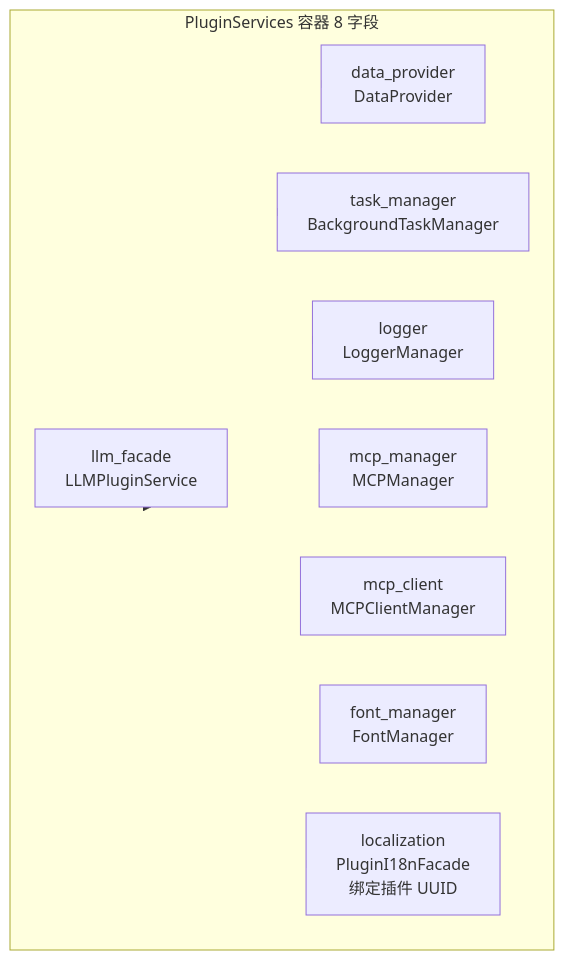
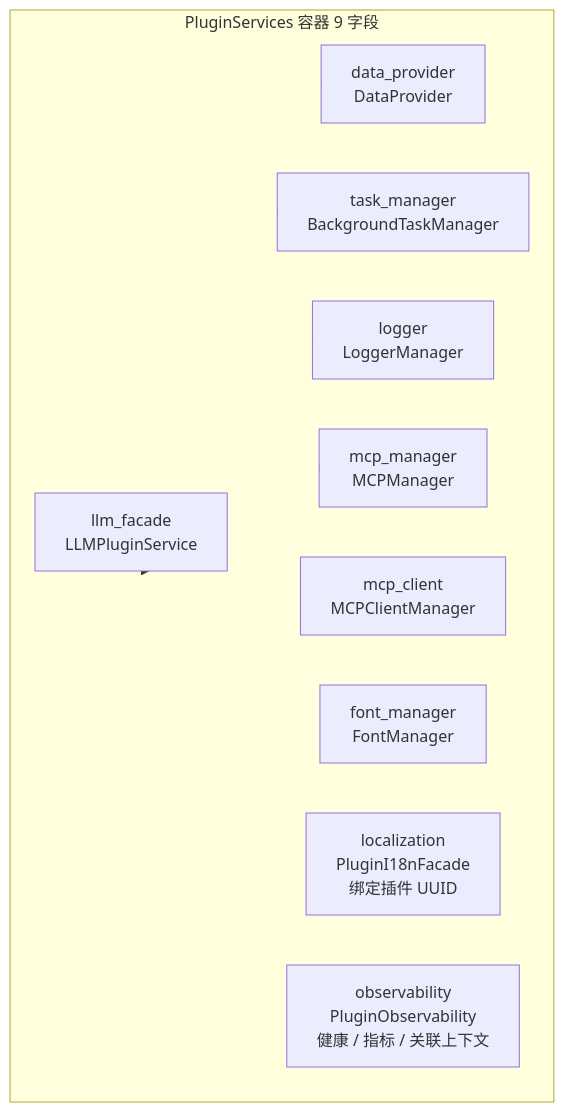
One commit to KKPIP-Tech/InstructionX changed the fifth of 6 diagrams in docs/core/plugin-system/overview.md. Above: the diagram before and after it, drawn with Mermaid. The commit also changed other lines of this file and 19 other files, not shown here.

````diff
--- a/docs/core/plugin-system/overview.md
+++ b/docs/core/plugin-system/overview.md
@@ -291,22 +291,24 @@
 ```mermaid
 graph LR
-    subgraph PluginServices [PluginServices 容器 8 字段]
+    subgraph PluginServices [PluginServices 容器 9 字段]
         LLM[llm_facade<br/>LLMPluginService]
         DP[data_provider<br/>DataProvider]
         TM[task_manager<br/>BackgroundTaskManager]
         LG[logger<br/>LoggerManager]
         MCM[mcp_manager<br/>MCPManager]
         MCC[mcp_client<br/>MCPClientManager]
         FTM[font_manager<br/>FontManager]
         LOC[localization<br/>PluginI18nFacade<br/>绑定插件 UUID]
+        OBS[observability<br/>PluginObservability<br/>健康 / 指标 / 关联上下文]
     end
 
     PluginServices --> LLM
     PluginServices --> DP
     PluginServices --> TM
     PluginServices --> LG
     PluginServices --> MCM
     PluginServices --> MCC
     PluginServices --> FTM
     PluginServices --> LOC
+    PluginServices --> OBS
 ```
````
